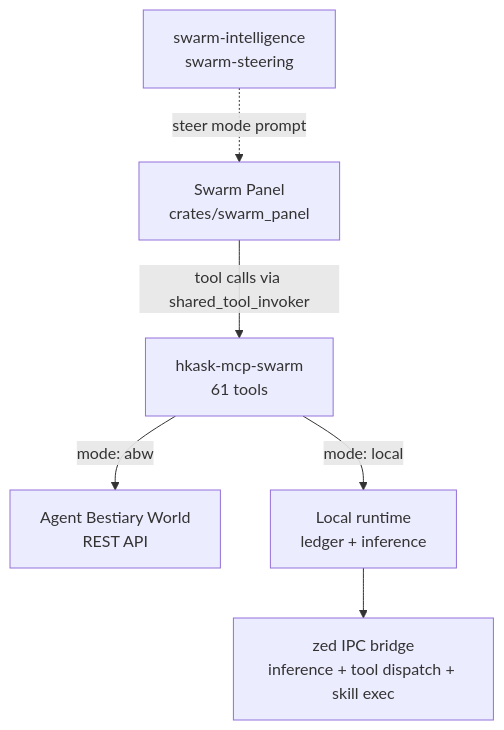
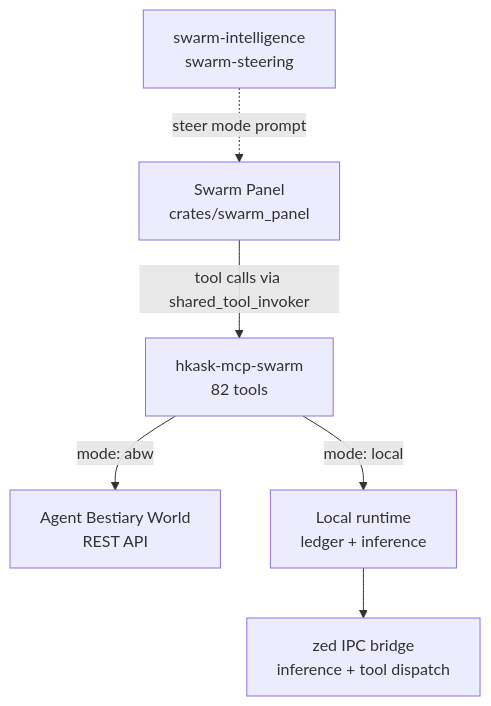
One commit to mdz-axo/zed-kask changed the first of 3 diagrams in kask/docs/diataxis/swarm_system/tutorial.md. Above: the diagram before and after it, drawn with Mermaid. The commit also changed other lines of this file and 41 other files, not shown here.

````diff
--- a/kask/docs/diataxis/swarm_system/tutorial.md
+++ b/kask/docs/diataxis/swarm_system/tutorial.md
@@ -36,8 +40,8 @@
 ```mermaid
 flowchart TD
-    Panel[Swarm Panel<br/>crates/swarm_panel] -->|tool calls via shared_tool_invoker| Server[hkask-mcp-swarm<br/>61 tools]
+    Panel[Swarm Panel<br/>crates/swarm_panel] -->|tool calls via shared_tool_invoker| Server[hkask-mcp-swarm<br/>82 tools]
     Server -->|mode: abw| ABW[Agent Bestiary World<br/>REST API]
     Server -->|mode: local| Local[Local runtime<br/>ledger + inference]
-    Local --> IPC[zed IPC bridge<br/>inference + tool dispatch + skill exec]
+    Local --> IPC[zed IPC bridge<br/>inference + tool dispatch]
     Skills[swarm-intelligence<br/>swarm-steering] -.->|steer mode prompt| Panel
 ```
````
